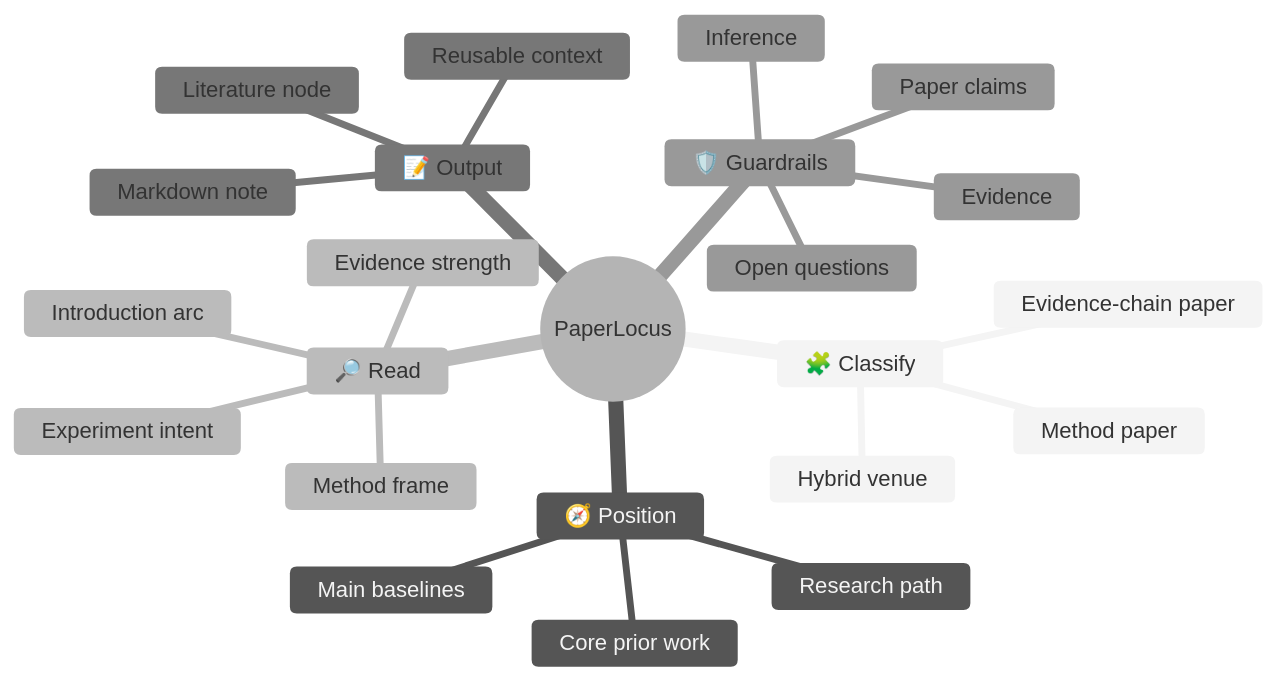
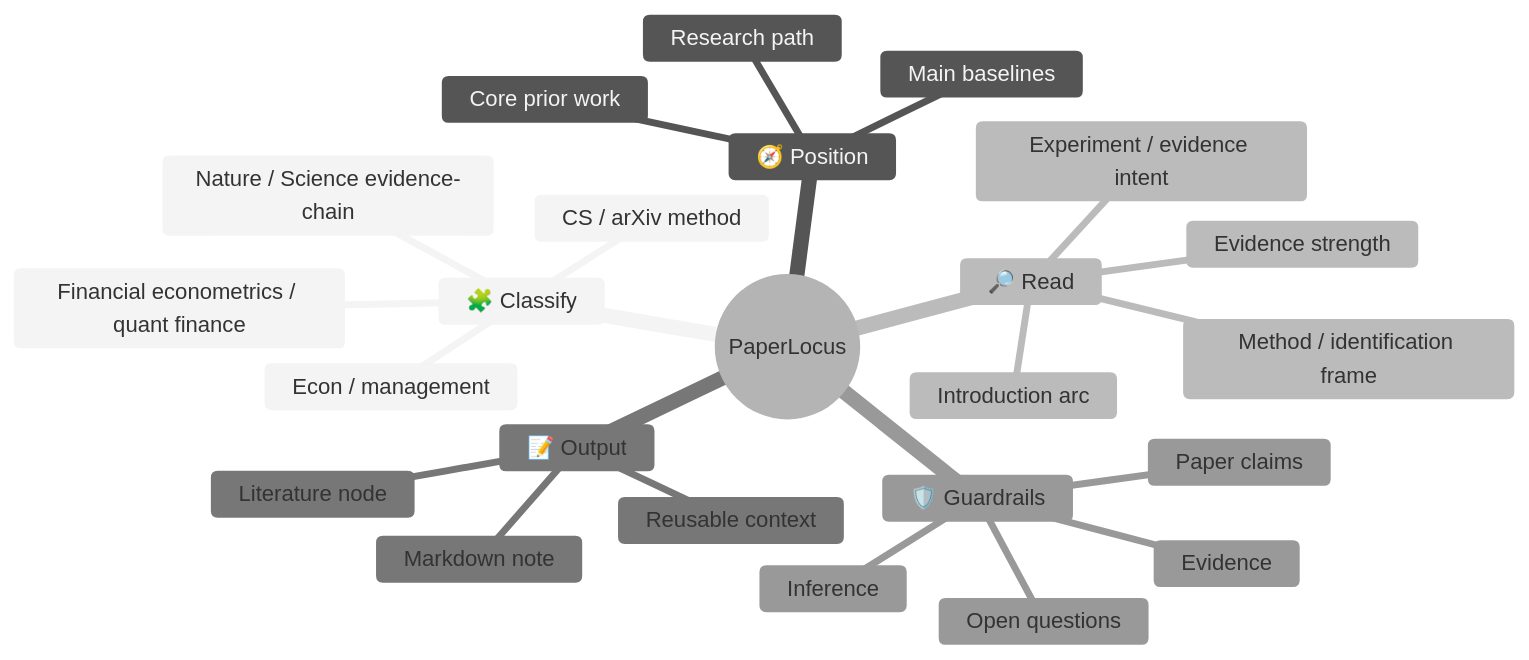
The first of 2 diagrams in README.md (littleZ05/PaperLocus), drawn with Mermaid (neutral theme) before and after one commit. The commit also changed other lines of this file and 6 other files, not shown here.

````diff
--- a/README.md
+++ b/README.md
@@ -111,26 +92,27 @@
 ```mermaid
 mindmap
   root((PaperLocus))
     🧩 Classify
-      Method paper
-      Evidence-chain paper
-      Hybrid venue
+      CS / arXiv method
+      Nature / Science evidence-chain
+      Econ / management
+      Financial econometrics / quant finance
     🧭 Position
       Core prior work
       Main baselines
       Research path
     🔎 Read
       Introduction arc
-      Method frame
-      Experiment intent
+      Method / identification frame
+      Experiment / evidence intent
       Evidence strength
     📝 Output
       Markdown note
       Literature node
       Reusable context
     🛡️ Guardrails
       Paper claims
       Evidence
       Inference
       Open questions
 ```
````
